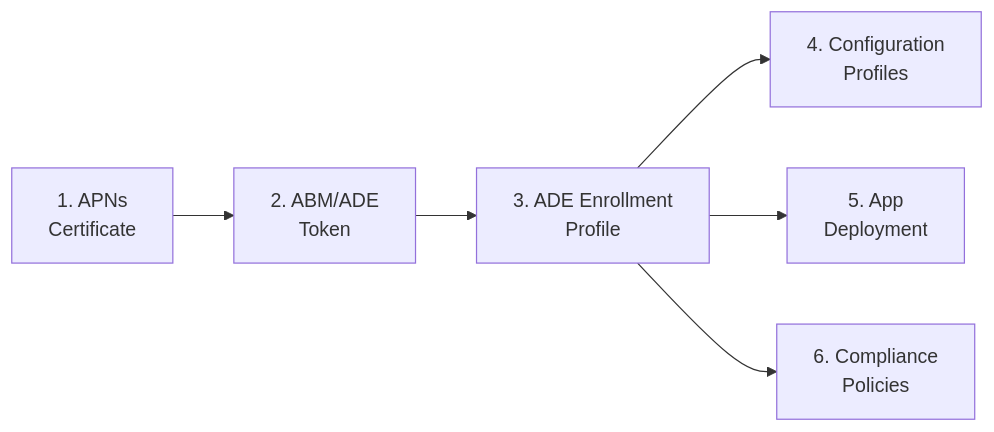
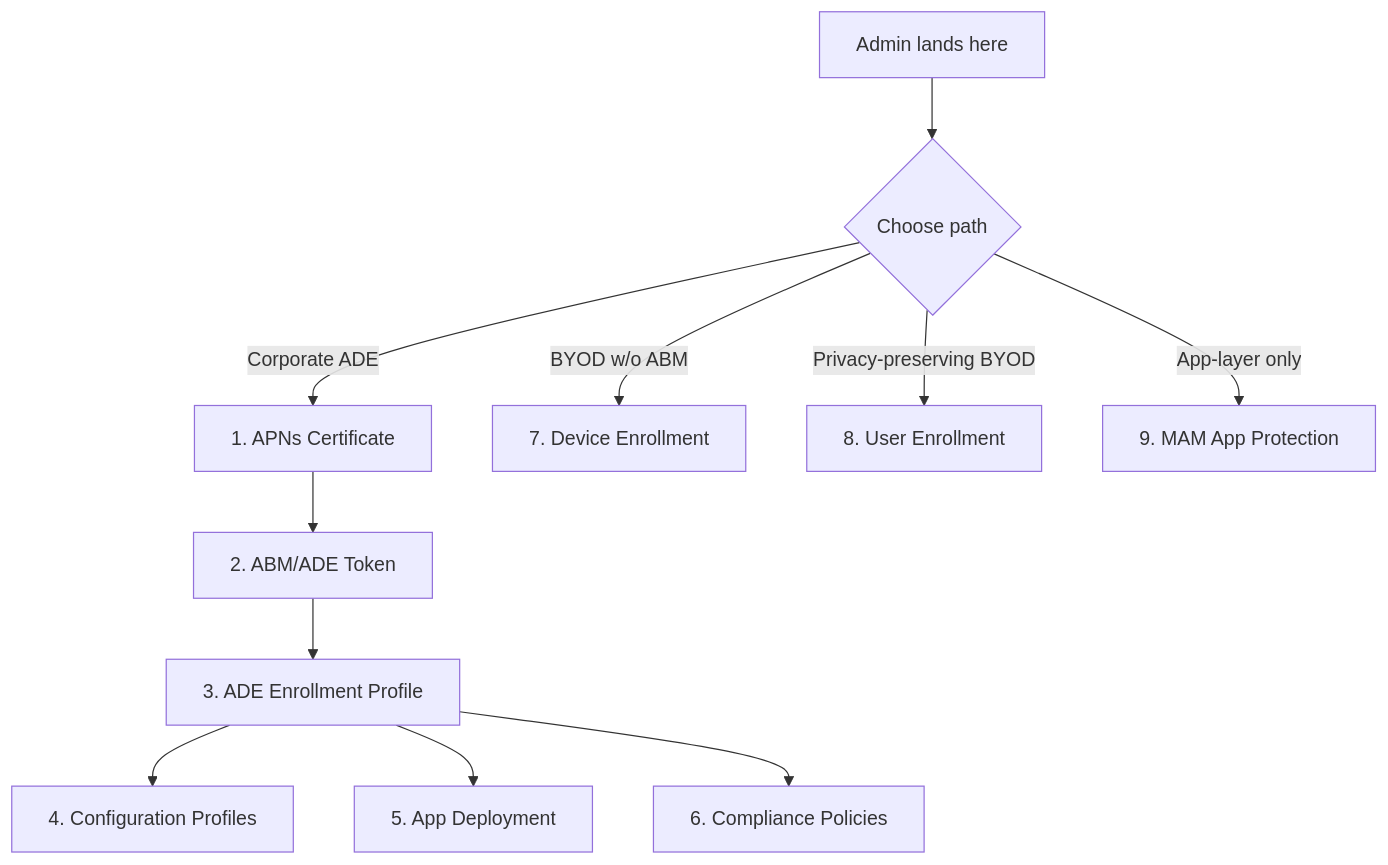
The diagram in docs/admin-setup-ios/00-overview.md (Schweinehund/Autopilot), drawn with Mermaid before and after one commit. The commit also changed other lines of this file, not shown here.

Commit message:
docs(29-02): rewrite overview frontmatter, title, intro, and Mermaid
- Update frontmatter: applies_to ADE -> all; last_verified 2026-04-17; review_by 2026-07-16
- Replace platform-gate banner to reflect all-paths scope
- Change title to path-agnostic '# iOS/iPadOS Admin Setup'
- Rewrite intro paragraph with path-selection framing (not sequential chain)
- Restructure Mermaid: graph LR 6-node linear -> flowchart TD branching
- Add CHOOSE decision node with 4 labelled branches (Corporate ADE, BYOD w/o ABM, Privacy-preserving BYOD, App-layer only)
- No edges from ADE chain (A/B/C/D/E/F) to non-ADE nodes (G/H/I) per D-07

````diff
--- a/docs/admin-setup-ios/00-overview.md
+++ b/docs/admin-setup-ios/00-overview.md
@@ -19,8 +19,13 @@
 ```mermaid
-graph LR
-  A[1. APNs<br/>Certificate] --> B[2. ABM/ADE<br/>Token]
-  B --> C[3. ADE Enrollment<br/>Profile]
-  C --> D[4. Configuration<br/>Profiles]
-  C --> E[5. App<br/>Deployment]
-  C --> F[6. Compliance<br/>Policies]
+flowchart TD
+    START[Admin lands here] --> CHOOSE{Choose path}
+    CHOOSE -->|Corporate ADE| A[1. APNs Certificate]
+    A --> B[2. ABM/ADE Token]
+    B --> C[3. ADE Enrollment Profile]
+    C --> D[4. Configuration Profiles]
+    C --> E[5. App Deployment]
+    C --> F[6. Compliance Policies]
+    CHOOSE -->|BYOD w/o ABM| G[7. Device Enrollment]
+    CHOOSE -->|Privacy-preserving BYOD| H[8. User Enrollment]
+    CHOOSE -->|App-layer only| I[9. MAM App Protection]
 ```
````
